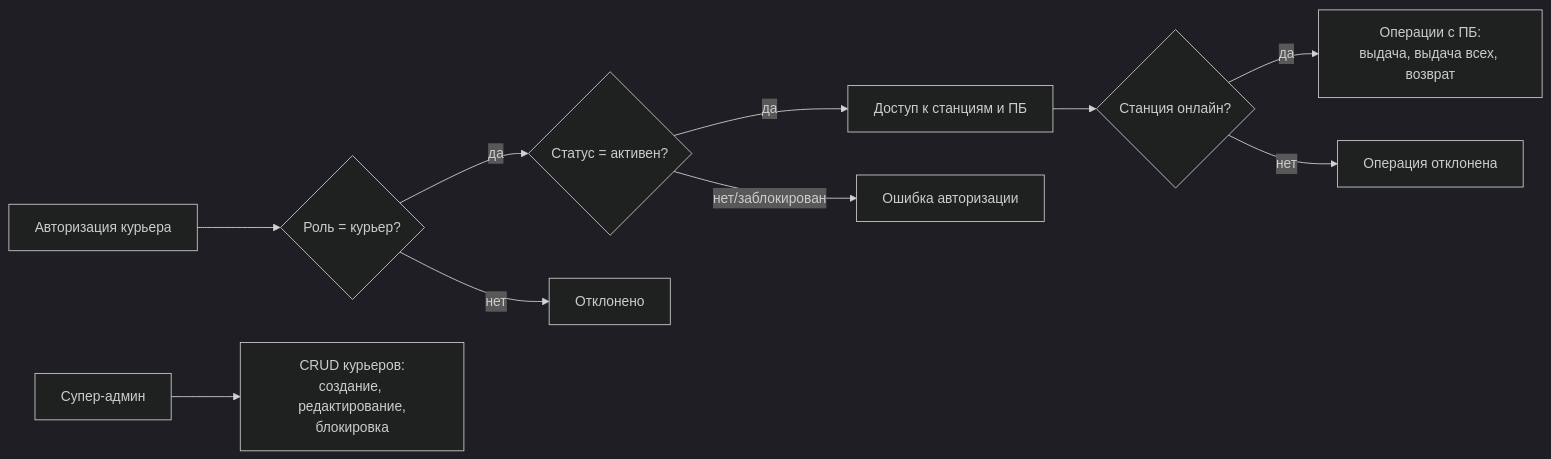
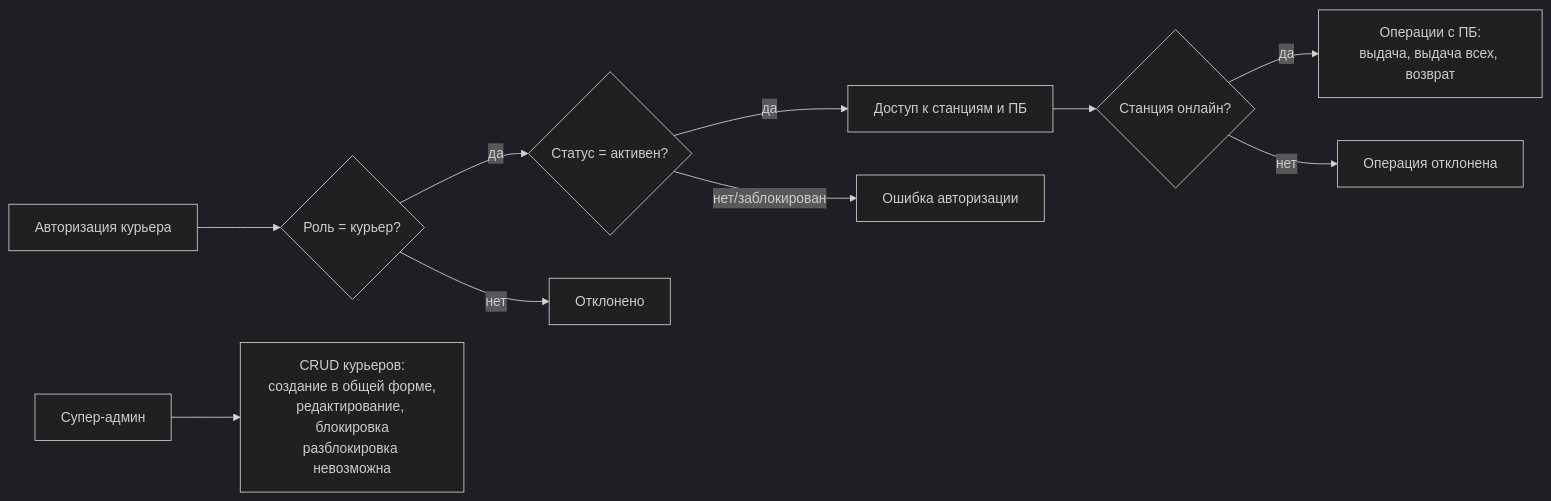
Before and after one commit to yatsin11-gif/example: the second of 2 diagrams in gozap-documentation/sa/docs/admin/courier-management/diagrams/overview.md, drawn with Mermaid (dark theme). The commit also changed other lines of this file and 7 other files, not shown here.

````diff
--- a/gozap-documentation/sa/docs/admin/courier-management/diagrams/overview.md
+++ b/gozap-documentation/sa/docs/admin/courier-management/diagrams/overview.md
@@ -27,12 +28,12 @@
 ```mermaid
 flowchart LR
     AUTH[Авторизация курьера] --> ROLE{Роль = курьер?}
     ROLE -->|да| ACTIVE{Статус = активен?}
     ROLE -->|нет| DENY1[Отклонено]
     ACTIVE -->|да| ACCESS[Доступ к станциям и ПБ]
     ACTIVE -->|нет/заблокирован| DENY2[Ошибка авторизации]
     ACCESS --> STATION{Станция онлайн?}
     STATION -->|да| PBOPS[Операции с ПБ:<br/>выдача, выдача всех, возврат]
     STATION -->|нет| REJECT[Операция отклонена]
-    SADMIN[Супер-админ] --> MANAGE[CRUD курьеров:<br/>создание, редактирование,<br/>блокировка]
+    SADMIN[Супер-админ] --> MANAGE[CRUD курьеров:<br/>создание в общей форме,<br/>редактирование, блокировка<br/>разблокировка невозможна]
 ```
````
